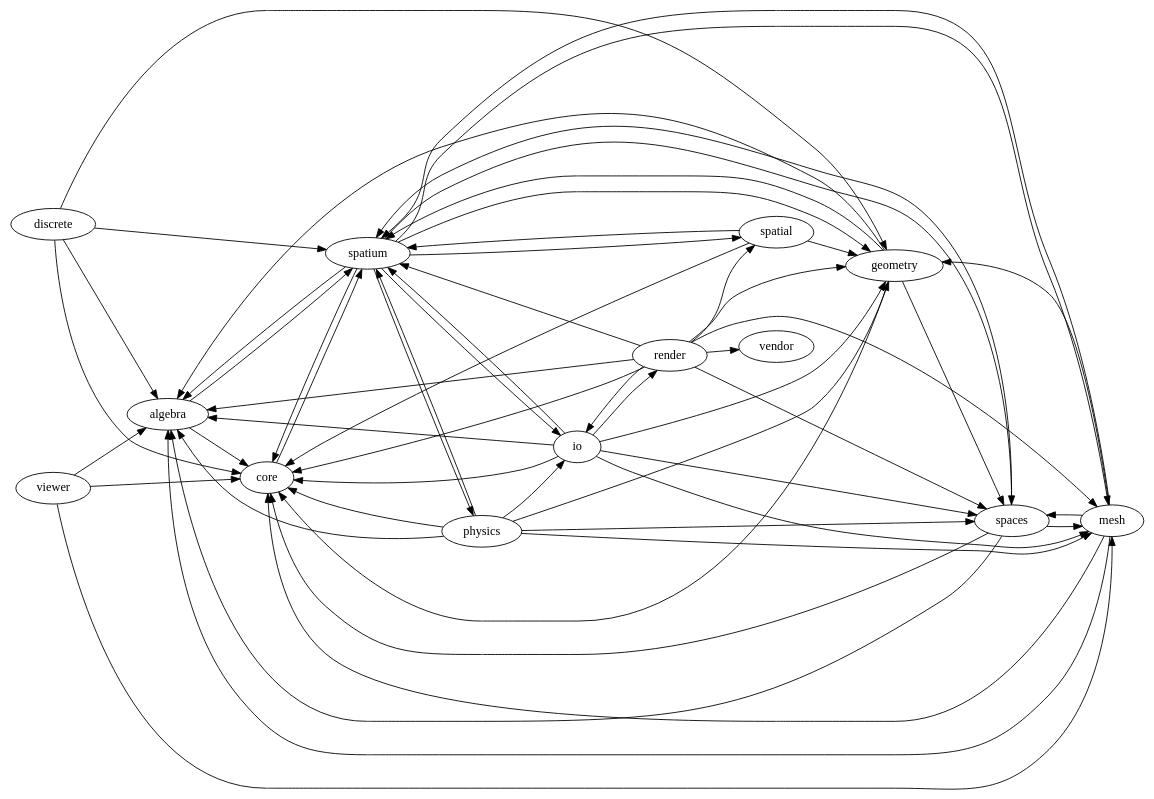
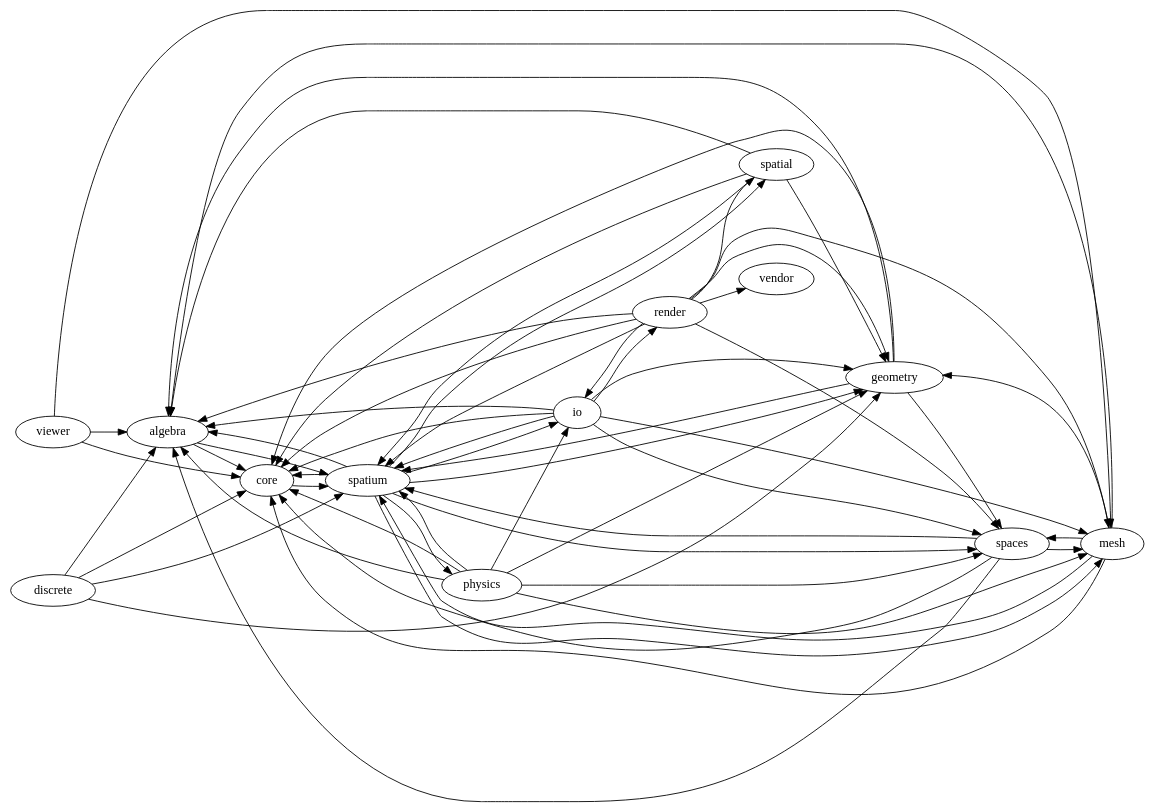
One commit to Vaniell0/spatium changed the diagram in docs/dependency-graph.dot. Above: the diagram before and after it, drawn with Graphviz. The commit also changed 5 other files, not shown here.

```diff
--- a/docs/dependency-graph.dot
+++ b/docs/dependency-graph.dot
@@ -1,60 +1,61 @@
 digraph spatium_dependencies {
     rankdir=LR;
     "algebra" -> "core";
     "algebra" -> "spatium";
     "core" -> "spatium";
     "discrete" -> "algebra";
     "discrete" -> "core";
     "discrete" -> "geometry";
     "discrete" -> "spatium";
     "geometry" -> "algebra";
     "geometry" -> "core";
     "geometry" -> "spaces";
     "geometry" -> "spatium";
     "io" -> "algebra";
     "io" -> "core";
     "io" -> "geometry";
     "io" -> "mesh";
     "io" -> "render";
     "io" -> "spaces";
     "io" -> "spatium";
     "mesh" -> "algebra";
     "mesh" -> "core";
     "mesh" -> "geometry";
     "mesh" -> "spaces";
     "mesh" -> "spatium";
     "physics" -> "algebra";
     "physics" -> "core";
     "physics" -> "geometry";
     "physics" -> "io";
     "physics" -> "mesh";
     "physics" -> "spaces";
     "physics" -> "spatium";
     "render" -> "algebra";
     "render" -> "core";
     "render" -> "geometry";
     "render" -> "io";
     "render" -> "mesh";
     "render" -> "spaces";
     "render" -> "spatial";
     "render" -> "spatium";
     "render" -> "vendor";
     "spaces" -> "algebra";
     "spaces" -> "core";
     "spaces" -> "mesh";
     "spaces" -> "spatium";
+    "spatial" -> "algebra";
     "spatial" -> "core";
     "spatial" -> "geometry";
     "spatial" -> "spatium";
     "spatium" -> "algebra";
     "spatium" -> "core";
     "spatium" -> "geometry";
     "spatium" -> "io";
     "spatium" -> "mesh";
     "spatium" -> "physics";
     "spatium" -> "spaces";
     "spatium" -> "spatial";
     "viewer" -> "algebra";
     "viewer" -> "core";
     "viewer" -> "mesh";
 }
```
